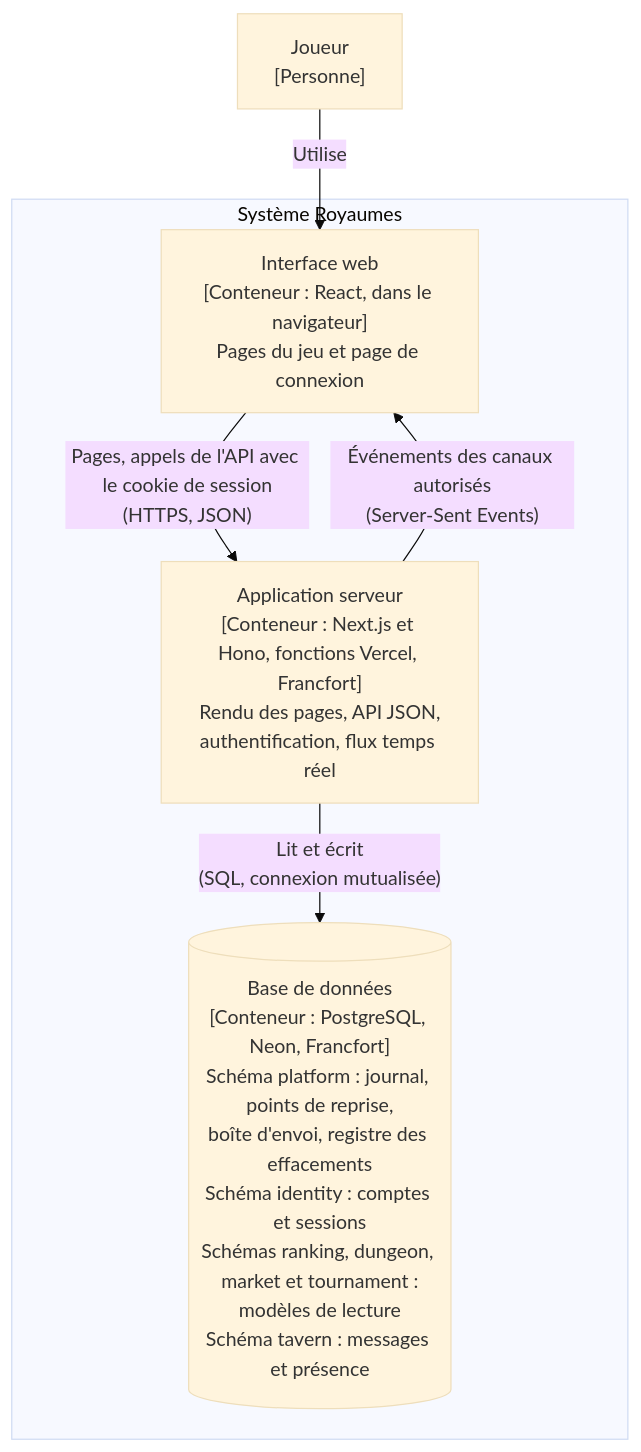
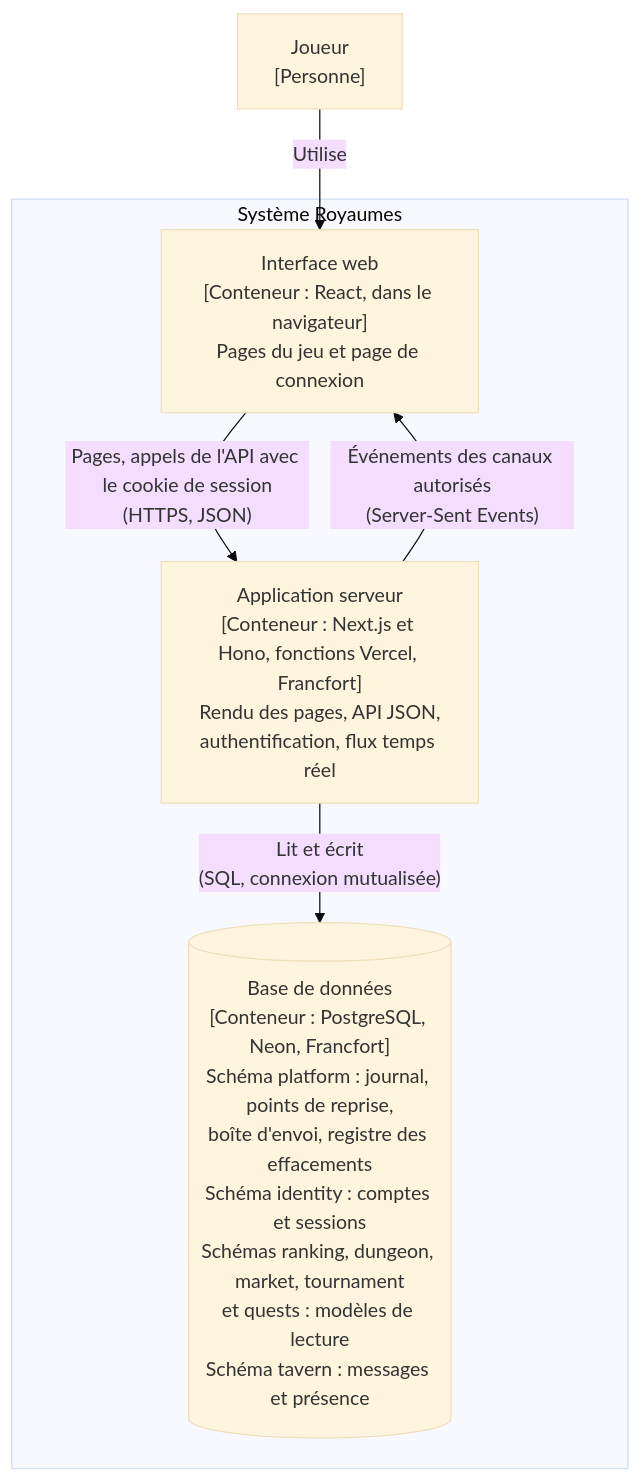
Before and after one commit to mcornu04/royaumes: the second of 8 diagrams in docs/architecture.md, drawn with Mermaid (base theme). The commit also changed other lines of this file and 9 other files, not shown here.

````diff
--- a/docs/architecture.md
+++ b/docs/architecture.md
@@ -25,13 +25,13 @@
 ```mermaid
 flowchart TB
   joueur["Joueur<br/>[Personne]"]
   subgraph royaumes["Système Royaumes"]
     web["Interface web<br/>[Conteneur : React, dans le navigateur]<br/>Pages du jeu et page de connexion"]
     serveur["Application serveur<br/>[Conteneur : Next.js et Hono, fonctions Vercel, Francfort]<br/>Rendu des pages, API JSON,<br/>authentification, flux temps réel"]
-    base[("Base de données<br/>[Conteneur : PostgreSQL, Neon, Francfort]<br/>Schéma platform : journal, points de reprise,<br/>boîte d'envoi, registre des effacements<br/>Schéma identity : comptes et sessions<br/>Schémas ranking, dungeon, market et tournament :<br/>modèles de lecture<br/>Schéma tavern : messages et présence")]
+    base[("Base de données<br/>[Conteneur : PostgreSQL, Neon, Francfort]<br/>Schéma platform : journal, points de reprise,<br/>boîte d'envoi, registre des effacements<br/>Schéma identity : comptes et sessions<br/>Schémas ranking, dungeon, market, tournament<br/>et quests : modèles de lecture<br/>Schéma tavern : messages et présence")]
   end
   joueur -->|"Utilise"| web
   web -->|"Pages, appels de l'API avec le cookie de session<br/>(HTTPS, JSON)"| serveur
   serveur -->|"Événements des canaux autorisés<br/>(Server-Sent Events)"| web
   serveur -->|"Lit et écrit<br/>(SQL, connexion mutualisée)"| base
 ```
````
